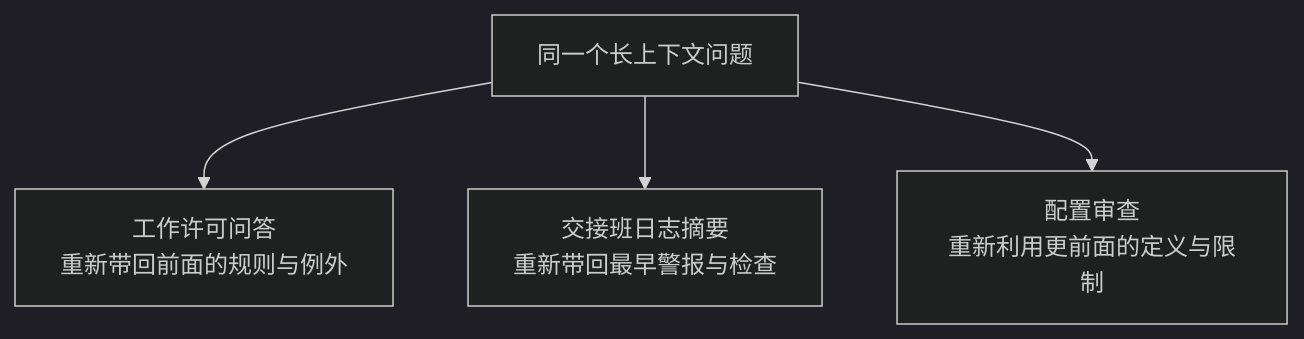
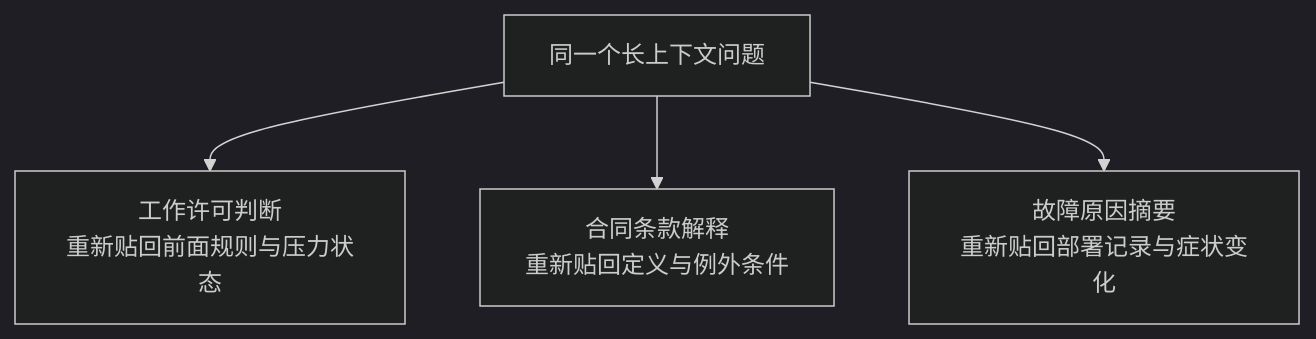
One commit to devchan64/AiBook changed the diagram in docs/assets/part-05/chapter-14/long-context-task-flow-zh.mmd. Above: the diagram before and after it, drawn with Mermaid (dark theme). The commit also changed 71 other files, not shown here.

Commit message:
Revise part 5 transformer and translation flow

```diff
--- a/docs/assets/part-05/chapter-14/long-context-task-flow-zh.mmd
+++ b/docs/assets/part-05/chapter-14/long-context-task-flow-zh.mmd
@@ -1,9 +1,9 @@
 flowchart TD
   A["同一个长上下文问题"]
-  B["工作许可问答<br/>重新带回前面的规则与例外"]
-  C["交接班日志摘要<br/>重新带回最早警报与检查"]
-  D["配置审查<br/>重新利用更前面的定义与限制"]
+  B["工作许可判断<br/>重新贴回前面规则与压力状态"]
+  C["合同条款解释<br/>重新贴回定义与例外条件"]
+  D["故障原因摘要<br/>重新贴回部署记录与症状变化"]
 
   A --> B
   A --> C
   A --> D
```
